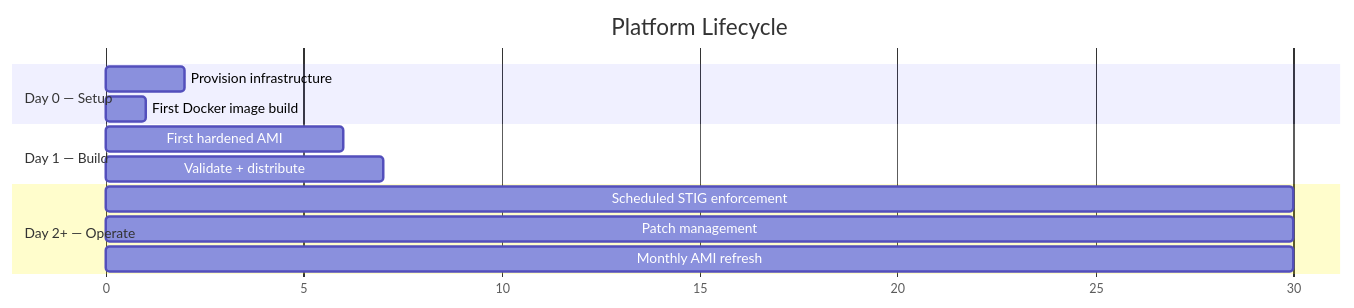
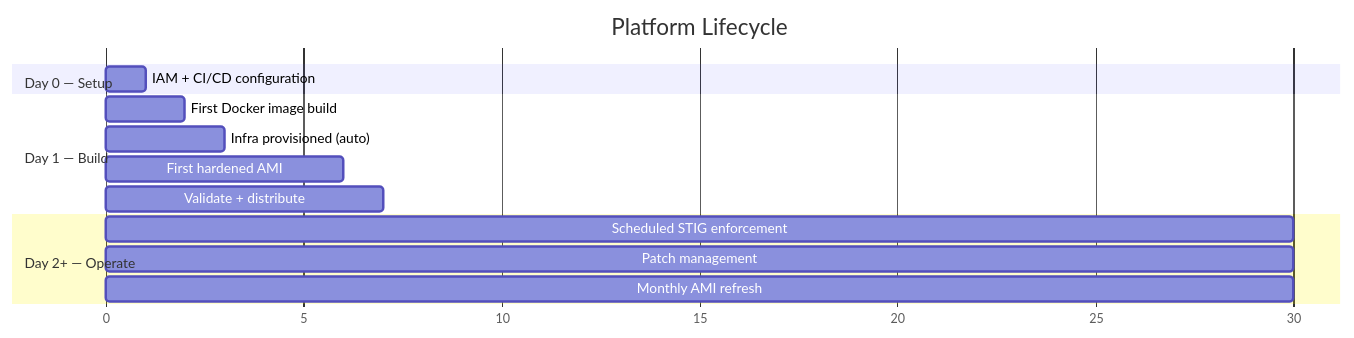
One commit to MetroStar/spel changed the diagram in docs/capability/operating-model.md. Above: the diagram before and after it, drawn with Mermaid. The commit also changed other lines of this file and 2 other files, not shown here.

````diff
--- a/docs/capability/operating-model.md
+++ b/docs/capability/operating-model.md
@@ -9,19 +9,20 @@
 ```mermaid
 gantt
     title Platform Lifecycle
     dateFormat X
     axisFormat %s
 
     section Day 0 — Setup
-    Provision infrastructure   :d0a, 0, 2
-    First Docker image build   :d0b, 0, 1
+    IAM + CI/CD configuration  :d0a, 0, 1
 
     section Day 1 — Build
-    First hardened AMI         :d1a, 2, 6
-    Validate + distribute      :d1b, 6, 7
+    First Docker image build   :d1a, 1, 2
+    Infra provisioned (auto)   :d1b, 2, 3
+    First hardened AMI         :d1c, 3, 6
+    Validate + distribute      :d1d, 6, 7
 
     section Day 2+ — Operate
     Scheduled STIG enforcement :d2a, 7, 30
     Patch management           :d2b, 7, 30
     Monthly AMI refresh        :d2c, 7, 30
 ```
````
